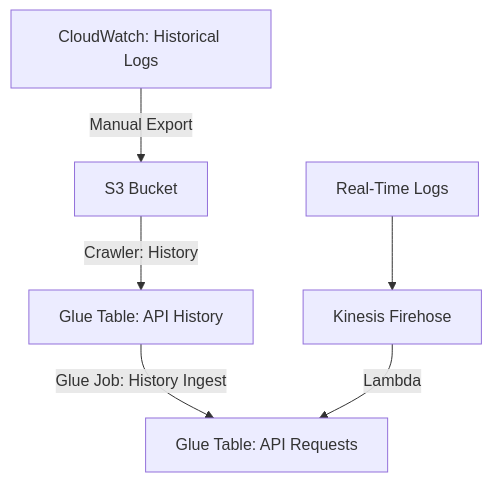
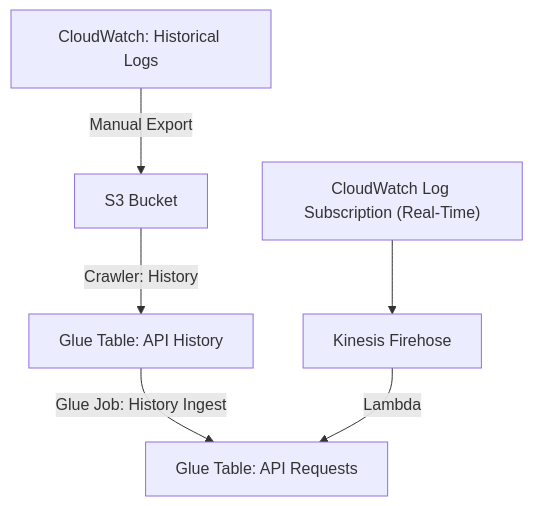
The first of 2 diagrams in insights/terraform/projects/bfd/README.md (CMSgov/beneficiary-fhir-data), drawn with Mermaid before and after one commit.

Commit message:
Readme fixes.

````diff
--- a/insights/terraform/projects/bfd/README.md
+++ b/insights/terraform/projects/bfd/README.md
@@ -11,9 +11,9 @@
 ```mermaid
 flowchart TD
     CloudWatch["CloudWatch: Historical Logs"] -->|Manual Export| S3
     S3["S3 Bucket"] -->|Crawler: History| History["Glue Table: API History"]
     History -->|Glue Job: History Ingest| APIRequests["Glue Table: API Requests"]
 
-    EC2["Real-Time Logs"] --> Firehose["Kinesis Firehose"]
+    EC2["CloudWatch Log Subscription (Real-Time)"] --> Firehose["Kinesis Firehose"]
     Firehose -->|Lambda| APIRequests
 ```
````
